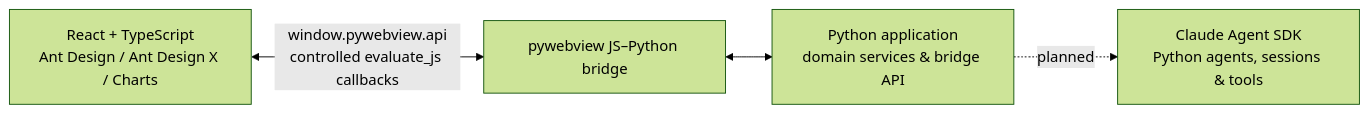
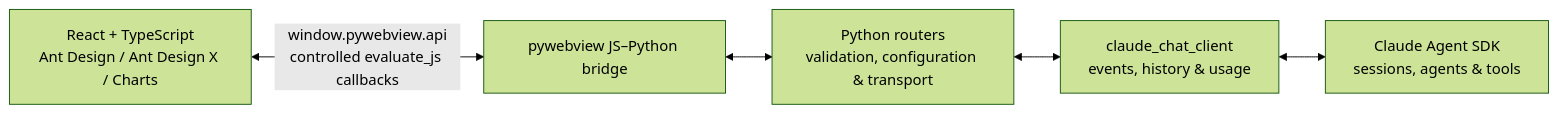
One commit to luojiaaoo/xalling changed the diagram in README.md. Above: the diagram before and after it, drawn with Mermaid (forest theme). The commit also changed other lines of this file, not shown here.

Commit message:
重构对话系统，整合聊天能力与事件管理，更新架构图并完善文档

````diff
--- a/README.md
+++ b/README.md
@@ -20,11 +20,13 @@
 ```mermaid
 flowchart LR
   UI[React + TypeScript<br/>Ant Design / Ant Design X / Charts]
   Bridge[pywebview JS–Python bridge]
-  App[Python application<br/>domain services & bridge API]
-  Agent[Claude Agent SDK<br/>Python agents, sessions & tools]
+  Router[Python routers<br/>validation, configuration & transport]
+  Chat[claude_chat_client<br/>events, history & usage]
+  Agent[Claude Agent SDK<br/>sessions, agents & tools]
 
   UI <--> |window.pywebview.api<br/>controlled evaluate_js callbacks| Bridge
-  Bridge <--> App
-  App -. planned .-> Agent
+  Bridge <--> Router
+  Router <--> Chat
+  Chat <--> Agent
 ```
````
